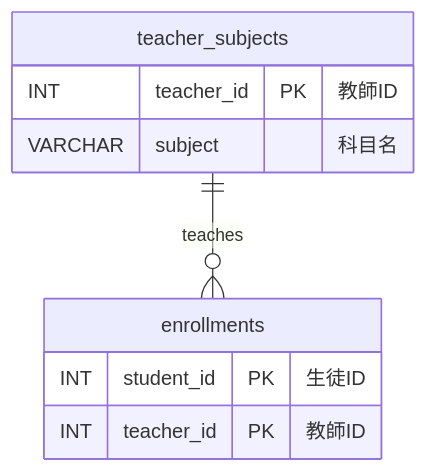
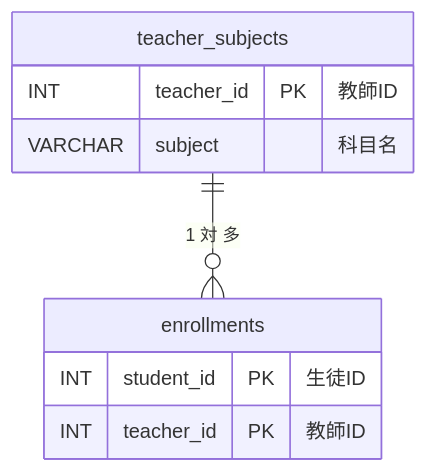
Before and after one commit to tanaka-yui/learning: the fourth of 5 diagrams in 05_database/01/docs/normalization.md, drawn with Mermaid. The commit also changed other lines of this file, not shown here.

Commit message:
docs(database): add cardinality labels to ER diagrams in normalization.md

````diff
--- a/05_database/01/docs/normalization.md
+++ b/05_database/01/docs/normalization.md
@@ -394,13 +394,13 @@
 ```mermaid
 erDiagram
-    teacher_subjects ||--o{ enrollments : "teaches"
+    teacher_subjects ||--o{ enrollments : "1 対 多"
 
     teacher_subjects {
         INT teacher_id PK "教師ID"
         VARCHAR subject "科目名"
     }
     enrollments {
         INT student_id PK "生徒ID"
         INT teacher_id PK "教師ID"
     }
 ```
````
